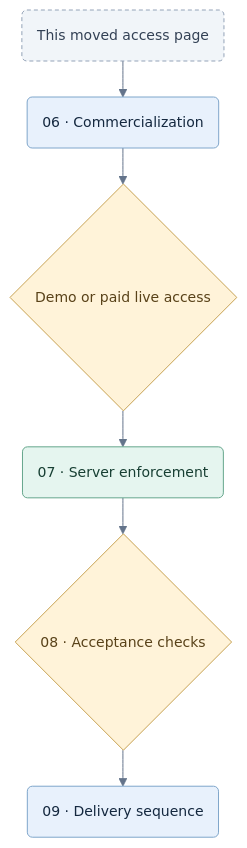
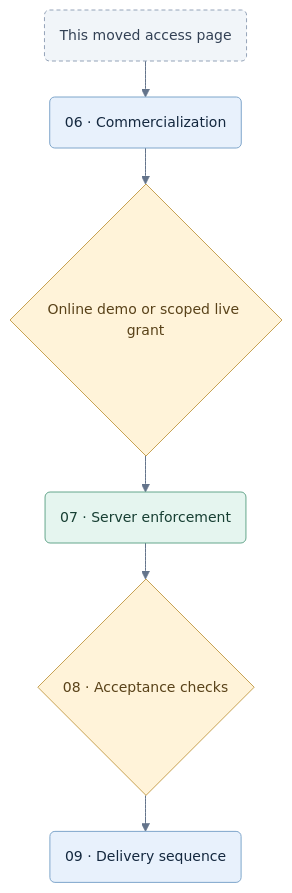
The diagram in planning/06-access-and-subscriptions.md (aflashback/cardford-as-is), drawn with Mermaid before and after one commit. The commit also changed other lines of this file and 16 other files, not shown here.

Commit message:
Amend plan for online demo configurable access and mobile reuse

````diff
--- a/planning/06-access-and-subscriptions.md
+++ b/planning/06-access-and-subscriptions.md
@@ -9,15 +9,15 @@
 ```mermaid
 %%{init: {"theme":"base","themeVariables":{"fontFamily":"Segoe UI, Arial, sans-serif","fontSize":"14px","lineColor":"#64748B","textColor":"#183153","primaryTextColor":"#183153","edgeLabelBackground":"#FFFFFF","clusterBkg":"#F8FAFC","clusterBorder":"#CBD5E1"},"flowchart":{"curve":"basis","htmlLabels":false,"nodeSpacing":24,"rankSpacing":36}}}%%
 flowchart TD
   accTitle: Current access specification
   accDescr: The moved access page leads to the current commercial policy, enforced by hosted architecture and tested by the acceptance suite.
   A("This moved access page"):::muted --> B("06 · Commercialization"):::view
-  B --> C{"Demo or paid live access"}:::gate
+  B --> C{"Online demo or scoped live grant"}:::gate
   C --> D("07 · Server enforcement"):::service
   D --> E{"08 · Acceptance checks"}:::gate
   E --> F("09 · Delivery sequence"):::view
   classDef view fill:#E8F1FC,stroke:#7FA6CB,color:#14283F;
   classDef service fill:#E5F5EF,stroke:#65A68C,color:#173F33;
   classDef gate fill:#FFF3D9,stroke:#C7A253,color:#594219;
   classDef muted fill:#F1F5F9,stroke:#94A3B8,color:#334155,stroke-dasharray:4 3;
 ```
````
